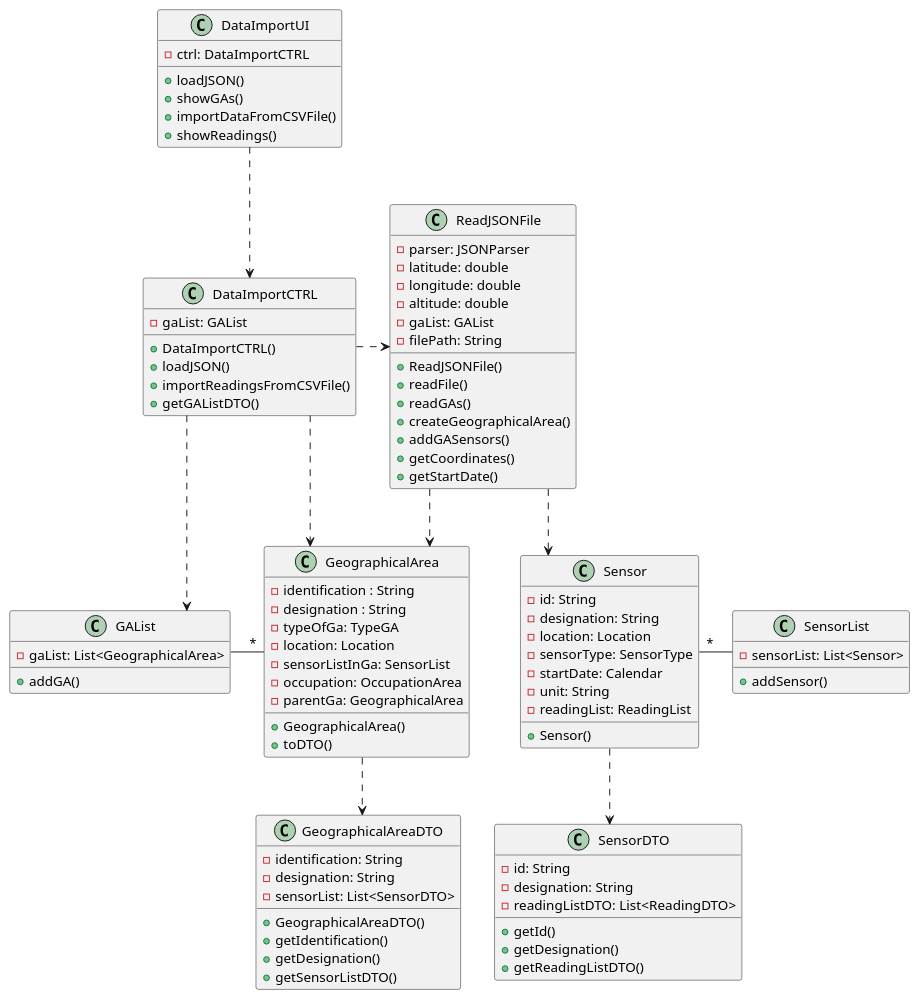
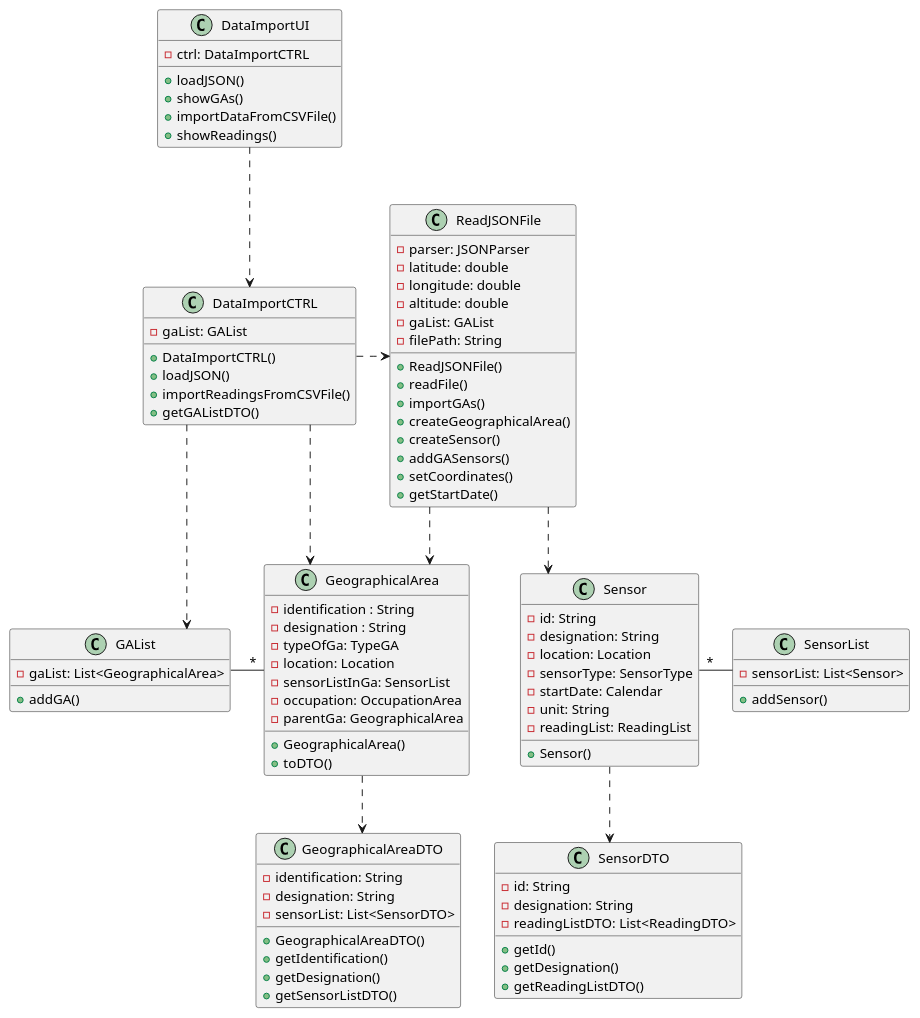
One commit to emanuel-pereira/hou changed the diagram in src/main/java/smarthome/controller/classDiagrams/cd_ImportGAsAndSensors.puml. Above: the diagram before and after it, drawn with PlantUML.

Commit message:
Correction of method names on the ImportGAsAndSensors class diagram

```diff
--- a/src/main/java/smarthome/controller/classDiagrams/cd_ImportGAsAndSensors.puml
+++ b/src/main/java/smarthome/controller/classDiagrams/cd_ImportGAsAndSensors.puml
@@ -1,114 +1,115 @@
 @startuml
 skinparam linetype ortho
 
 class DataImportUI{
 - ctrl: DataImportCTRL
 
 + loadJSON()
 + showGAs()
 + importDataFromCSVFile()
 + showReadings()
 }
 
 class DataImportCTRL{
 - gaList: GAList
 
 + DataImportCTRL()
 + loadJSON()
 + importReadingsFromCSVFile()
 + getGAListDTO()
 }
 
 class ReadJSONFile {
 - parser: JSONParser
 - latitude: double
 - longitude: double
 - altitude: double
 - gaList: GAList
 - filePath: String
 
 + ReadJSONFile()
 + readFile()
-+ readGAs()
++ importGAs()
 + createGeographicalArea()
++ createSensor()
 + addGASensors()
-+ getCoordinates()
++ setCoordinates()
 + getStartDate()
 }
 
 class GeographicalArea {
 - identification : String
 - designation : String
 - typeOfGa: TypeGA
 - location: Location
 - sensorListInGa: SensorList
 - occupation: OccupationArea
 - parentGa: GeographicalArea
 
 + GeographicalArea()
 + toDTO()
  }
 
  class GeographicalAreaDTO{
  - identification: String
  - designation: String
  - sensorList: List<SensorDTO>
 
  + GeographicalAreaDTO()
  + getIdentification()
  + getDesignation()
  + getSensorListDTO()
  }
 
  class Sensor {
  - id: String
  - designation: String
  - location: Location
  - sensorType: SensorType
  - startDate: Calendar
  - unit: String
  - readingList: ReadingList
  + Sensor()
  }
 
 class SensorList{
 - sensorList: List<Sensor>
 
 + addSensor()
 }
 
 class SensorDTO{
 - id: String
 - designation: String
 - readingListDTO: List<ReadingDTO>
 
 + getId()
 + getDesignation()
 + getReadingListDTO()
 }
 
  class GAList {
 - gaList: List<GeographicalArea>
 
 + addGA()
   }
 
 DataImportUI ..> DataImportCTRL
 DataImportCTRL .> ReadJSONFile
 DataImportCTRL ..> GAList
 DataImportCTRL ..> GeographicalArea
 
 ReadJSONFile ..> GeographicalArea
 ReadJSONFile ..> Sensor
 
 GeographicalArea ..> GeographicalAreaDTO
 Sensor ..> SensorDTO
 
 
 
 Sensor"*" - SensorList
 GAList - "*"GeographicalArea
 
 
 
 @enduml
```
